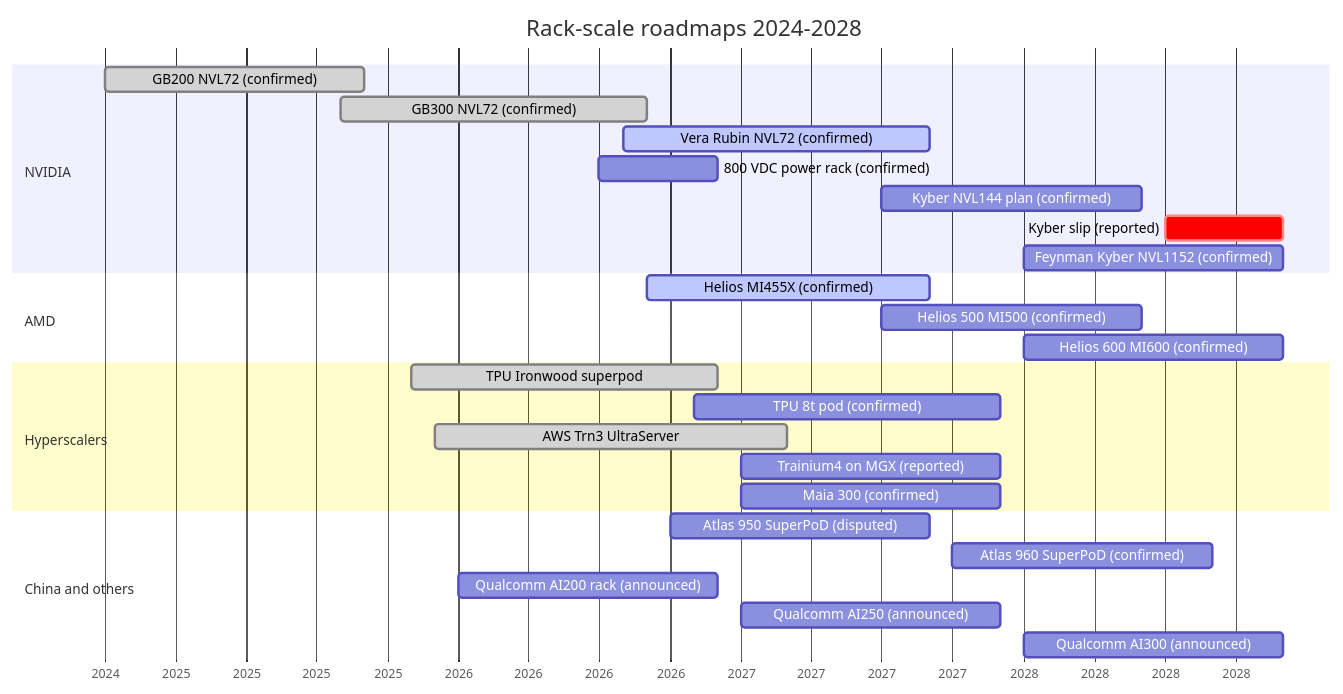
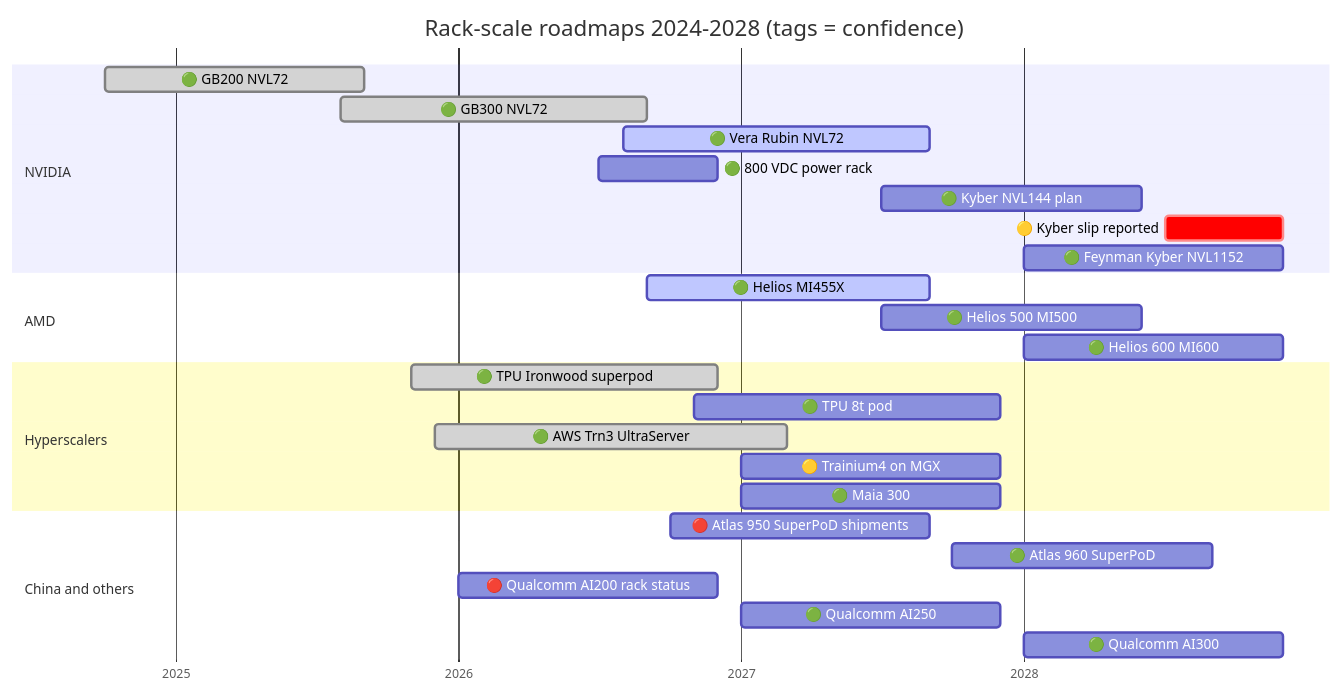
One commit to FrankHuang94/nvidia_deep_dive_claude changed the diagram in layers/08-systems-racks-ai-factories/roadmap.md. Above: the diagram before and after it, drawn with Mermaid. The commit also changed 100 other files, not shown here.

````diff
--- a/layers/08-systems-racks-ai-factories/roadmap.md
+++ b/layers/08-systems-racks-ai-factories/roadmap.md
@@ -18,32 +18,32 @@
 ```mermaid
 gantt
-    title Rack-scale roadmaps 2024-2028
+    title Rack-scale roadmaps 2024-2028 (tags = confidence)
     dateFormat YYYY-MM
     axisFormat %Y
-    tickInterval 1year
+    tickInterval 12month
     todayMarker off
     section NVIDIA
-    GB200 NVL72 (confirmed)            :done, n1, 2024-10, 2025-09
-    GB300 NVL72 (confirmed)            :done, n2, 2025-08, 2026-09
-    Vera Rubin NVL72 (confirmed)       :active, n3, 2026-08, 2027-09
-    800 VDC power rack (confirmed)     :n4, 2026-07, 2026-12
-    Kyber NVL144 plan (confirmed)      :n5, 2027-07, 2028-06
-    Kyber slip (reported)              :crit, n6, 2028-07, 2028-12
-    Feynman Kyber NVL1152 (confirmed)  :n7, 2028-01, 2028-12
+    🟢 GB200 NVL72                      :done, n1, 2024-10, 2025-09
+    🟢 GB300 NVL72                      :done, n2, 2025-08, 2026-09
+    🟢 Vera Rubin NVL72                 :active, n3, 2026-08, 2027-09
+    🟢 800 VDC power rack               :n4, 2026-07, 2026-12
+    🟢 Kyber NVL144 plan                :n5, 2027-07, 2028-06
+    🟡 Kyber slip reported              :crit, n6, 2028-07, 2028-12
+    🟢 Feynman Kyber NVL1152            :n7, 2028-01, 2028-12
     section AMD
-    Helios MI455X (confirmed)          :active, a1, 2026-09, 2027-09
-    Helios 500 MI500 (confirmed)       :a2, 2027-07, 2028-06
-    Helios 600 MI600 (confirmed)       :a3, 2028-01, 2028-12
+    🟢 Helios MI455X                    :active, a1, 2026-09, 2027-09
+    🟢 Helios 500 MI500                 :a2, 2027-07, 2028-06
+    🟢 Helios 600 MI600                 :a3, 2028-01, 2028-12
     section Hyperscalers
-    TPU Ironwood superpod              :done, g1, 2025-11, 2026-12
-    TPU 8t pod (confirmed)             :g2, 2026-11, 2027-12
-    AWS Trn3 UltraServer               :done, w1, 2025-12, 2027-03
-    Trainium4 on MGX (reported)        :w2, 2027-01, 2027-12
-    Maia 300 (confirmed)               :m1, 2027-01, 2027-12
+    🟢 TPU Ironwood superpod            :done, g1, 2025-11, 2026-12
+    🟢 TPU 8t pod                       :g2, 2026-11, 2027-12
+    🟢 AWS Trn3 UltraServer             :done, w1, 2025-12, 2027-03
+    🟡 Trainium4 on MGX                 :w2, 2027-01, 2027-12
+    🟢 Maia 300                         :m1, 2027-01, 2027-12
     section China and others
-    Atlas 950 SuperPoD (disputed)      :h1, 2026-10, 2027-09
-    Atlas 960 SuperPoD (confirmed)     :h2, 2027-10, 2028-09
-    Qualcomm AI200 rack (announced)    :q1, 2026-01, 2026-12
-    Qualcomm AI250 (announced)         :q2, 2027-01, 2027-12
-    Qualcomm AI300 (announced)         :q3, 2028-01, 2028-12
+    🔴 Atlas 950 SuperPoD shipments     :h1, 2026-10, 2027-09
+    🟢 Atlas 960 SuperPoD               :h2, 2027-10, 2028-09
+    🔴 Qualcomm AI200 rack status       :q1, 2026-01, 2026-12
+    🟢 Qualcomm AI250                   :q2, 2027-01, 2027-12
+    🟢 Qualcomm AI300                   :q3, 2028-01, 2028-12
 ```
````
